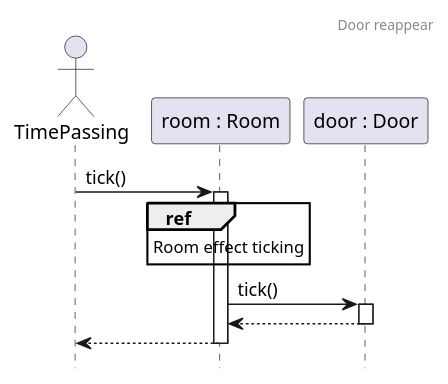
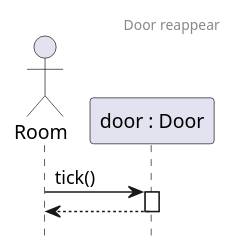
Before and after one commit to Kristof-me/Logarlec: the diagram in docs/sequence/room/DoorReappear.puml, drawn with PlantUML. The commit also changed 8 other files, not shown here.

Commit message:
Checked Sequence 13-24

```diff
--- a/docs/sequence/room/DoorReappear.puml
+++ b/docs/sequence/room/DoorReappear.puml
@@ -1,18 +1,11 @@
 @startuml DoorReappear
 header Door reappear
 hide footbox
 
-actor time as "TimePassing"
-participant room as "room : Room"
+actor time as "Room"
 participant door as "door : Door"
 
-time -> room ++: tick()
- 
-ref over room
-    Room effect ticking
-end ref
-room -> door ++: tick()
-return
+time -> door ++: tick()
 return
 
 @enduml
```
